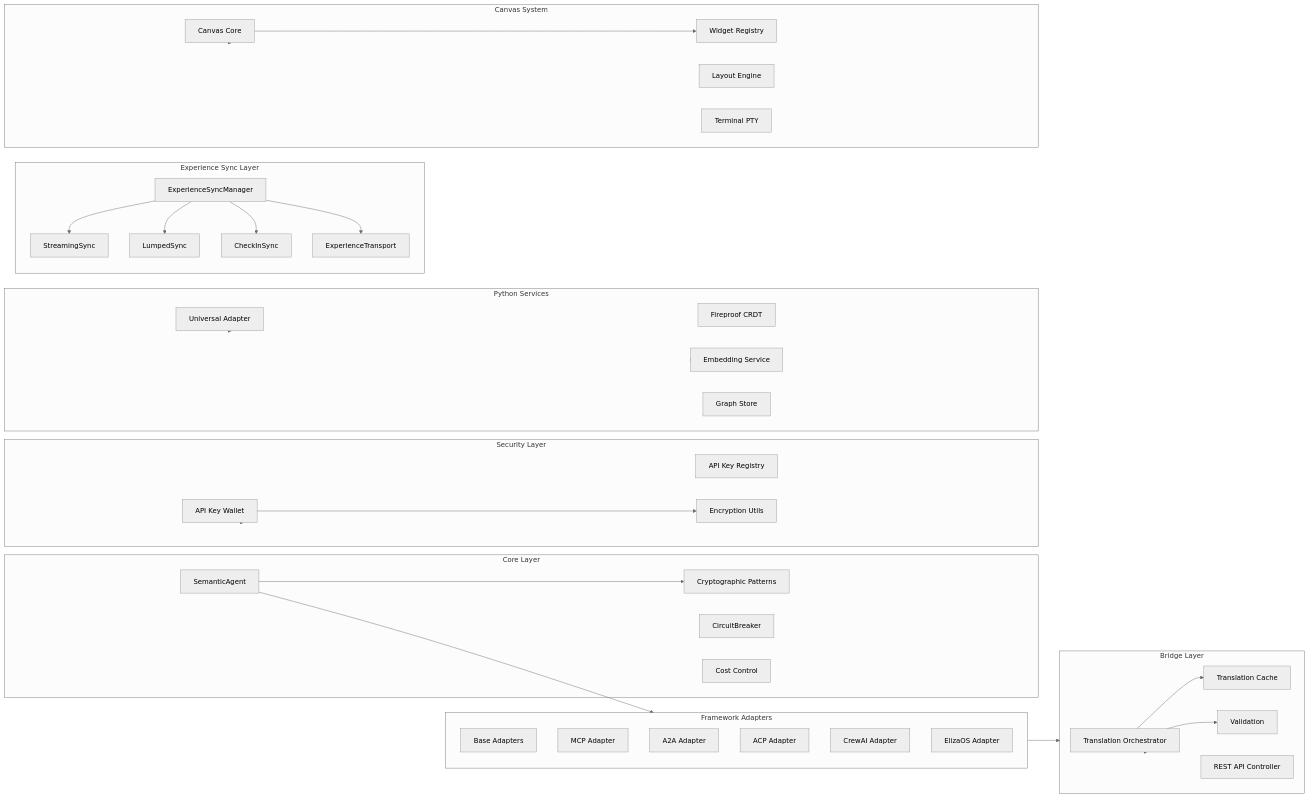
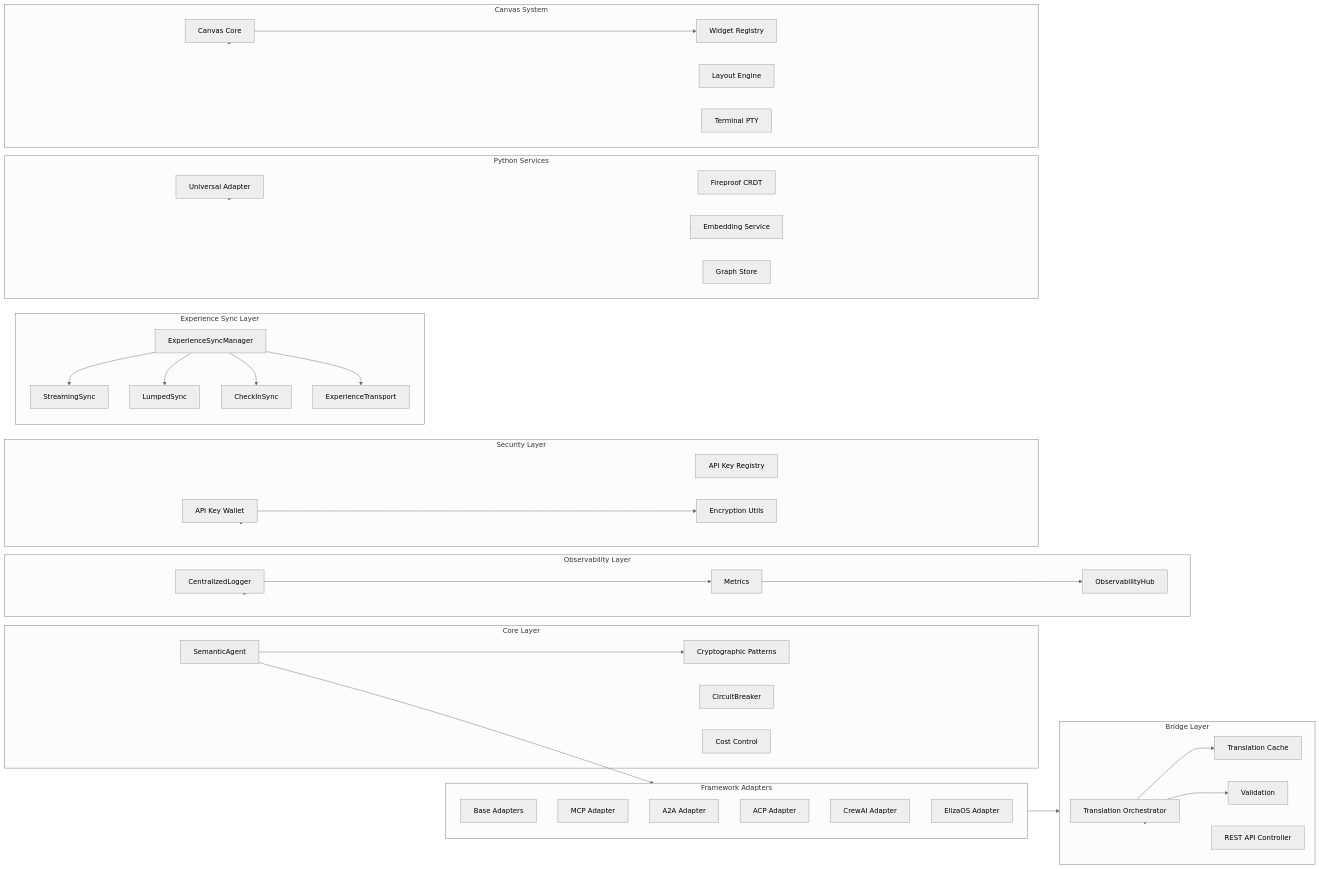
The second of 7 diagrams in ARCHITECTURE.md (Replicant-Partners/Chrysalis), drawn with Mermaid (neutral theme) before and after one commit. The commit also changed other lines of this file and 424 other files, not shown here.

Commit message:
Update architecture and remove Custom-Modes-Roo-Code submodule

```diff
--- a/ARCHITECTURE.md
+++ b/ARCHITECTURE.md
@@ -136,6 +136,12 @@
         LS[LumpedSync]
         CS[CheckInSync]
         ET[ExperienceTransport]
+    end
+
+    subgraph Observability["Observability Layer"]
+        Logger[CentralizedLogger]
+        Metrics[Metrics]
+        ObsHub[ObservabilityHub]
     end
 
     subgraph Security["Security Layer"]
@@ -171,6 +177,10 @@
     ESM --> CS
     ESM --> ET
 
+    Observability --> Logger
+    Logger --> Metrics
+    Metrics --> ObsHub
+
     Security --> Wallet
     Wallet --> Crypto
 
```
